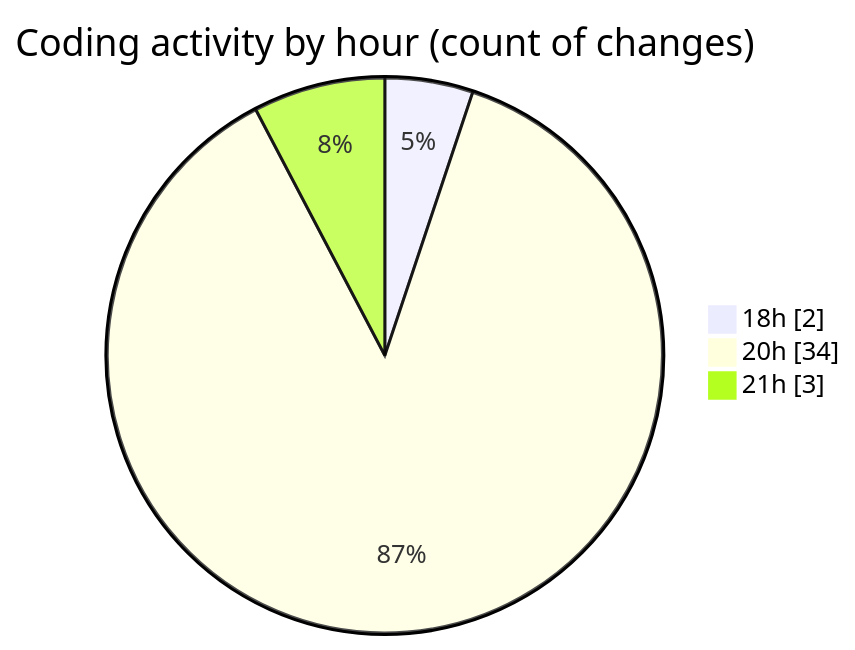
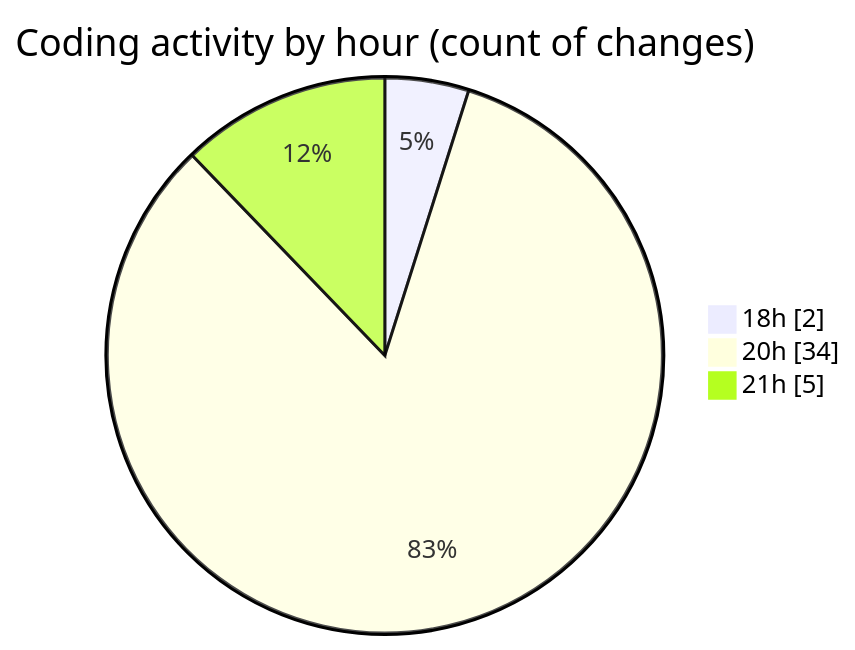
One commit to robertbonfada/code-tracking changed the second of 2 diagrams in 2025-02-26/area-formacao-web/README.md. Above: the diagram before and after it, drawn with Mermaid. The commit also changed other lines of this file and 1 other file, not shown here.

````diff
--- a/2025-02-26/area-formacao-web/README.md
+++ b/2025-02-26/area-formacao-web/README.md
@@ -43,7 +43,7 @@
 ```mermaid
 pie showData
 title Coding activity by hour (count of changes)
 "18h" : 2
 "20h" : 34
-"21h" : 3
+"21h" : 5
 ```
````
